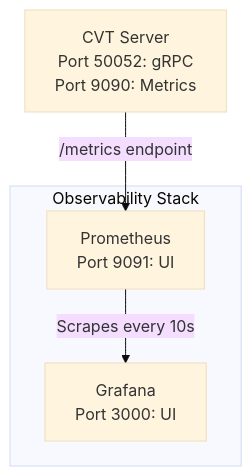
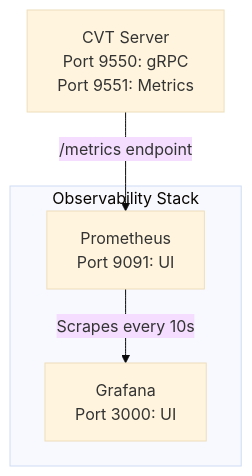
One commit to sahina/cvt changed the diagram in docs/OBSERVABILITY.md. Above: the diagram before and after it, drawn with Mermaid (base theme). The commit also changed other lines of this file and 33 other files, not shown here.

````diff
--- a/docs/OBSERVABILITY.md
+++ b/docs/OBSERVABILITY.md
@@ -15,14 +15,14 @@
 ```mermaid
 flowchart TD
-    CVT["CVT Server<br/>Port 50052: gRPC<br/>Port 9090: Metrics"]
+    CVT["CVT Server<br/>Port 9550: gRPC<br/>Port 9551: Metrics"]
     PROM["Prometheus<br/>Port 9091: UI"]
     GRAF["Grafana<br/>Port 3000: UI"]
 
     CVT -->|"/metrics endpoint"| PROM
     PROM -->|"Scrapes every 10s"| GRAF
 
     subgraph Observability Stack
         PROM
         GRAF
     end
 ```
````
